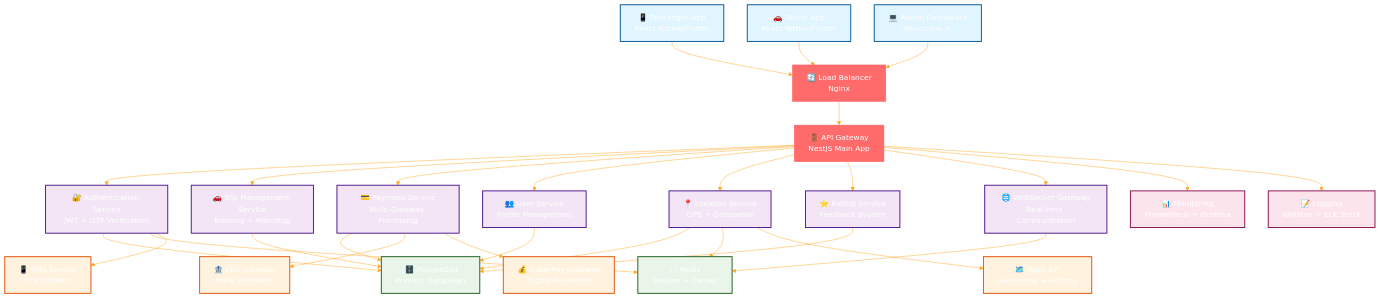
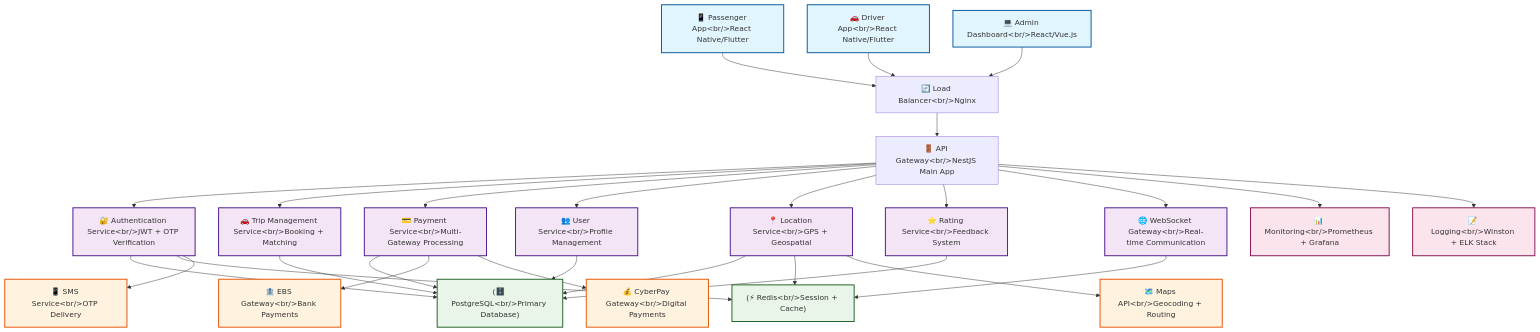
One commit to abdoElHodaky/transportapp changed the first of 7 diagrams in docs/architecture/system-overview.md. Above: the diagram before and after it, drawn with Mermaid. The commit also changed other lines of this file and 10 other files, not shown here.

````diff
--- a/docs/architecture/system-overview.md
+++ b/docs/architecture/system-overview.md
@@ -28,56 +28,62 @@
 ```mermaid
-%%{init: {'theme':'base', 'themeVariables': {'primaryColor':'#ff6b6b','primaryTextColor':'#fff','primaryBorderColor':'#ff6b6b','lineColor':'#ffa726','sectionBkgColor':'#ff6b6b','altSectionBkgColor':'#fff','gridColor':'#fff','secondaryColor':'#006100','tertiaryColor':'#fff'}}}%%
+%% {init : {'theme':'base', 'themeVariables': {'primaryColor':'#ff6b6b', 'primaryTextColor':'#fff','primaryBorderColor':'#ff6b6b','lineColor':'#ffa726','sectionBkgColor':'#ff6b6b','altSectionBkgColor':'#fff','gridColor':'#fff','secondaryColor':'#006100','tertiaryColor':'#fff'}}}%% 
 graph TB
-    %% External Clients
-    PA["📱 Passenger App<br/>React Native/Flutter"] --> LB["🔄 Load Balancer<br/>Nginx"]
-    DA["🚗 Driver App<br/>React Native/Flutter"] --> LB
-    AD["💻 Admin Dashboard<br/>React/Vue.js"] --> LB
+    %%  External Clients
+    PA["📱 Passenger App&lt;br/&gt;React Native/Flutter"] --> LB["🔄 Load Balancer&lt;br/&gt;Nginx"]
+    DA["🚗 Driver App&lt;br/&gt;React Native/Flutter"] --> LB
+    AD["💻 Admin Dashboard&lt;br/&gt;React/Vue.js"] --> LB
     
-    %% Load Balancer to API Gateway
-    LB --> AG["🚪 API Gateway<br/>NestJS Main App"]
+    %%  Load Balancer to API Gateway
+    LB --> AG["🚪 API Gateway&lt;br/&gt;NestJS Main App"]
     
-    %% Core Services
-    AG --> AS["🔐 Authentication Service<br/>JWT + OTP Verification"]
-    AG --> TS["🚗 Trip Management Service<br/>Booking + Matching"]
-    AG --> PS["💳 Payment Service<br/>Multi-Gateway Processing"]
-    AG --> US["👥 User Service<br/>Profile Management"]
-    AG --> LS["📍 Location Service<br/>GPS + Geospatial"]
-    AG --> RS["⭐ Rating Service<br/>Feedback System"]
-    AG --> WS["🌐 WebSocket Gateway<br/>Real-time Communication"]
+    %%  Core Services
+    AG --> AS["🔐 Authentication Service&lt;br/&gt;JWT + OTP Verification"]
+    AG --> TS["🚗 Trip Management Service&lt;br/&gt;Booking + Matching"]
+    AG --> PS["💳 Payment Service&lt;br/&gt;Multi-Gateway Processing"]
+    AG --> US["👥 User Service&lt;br/&gt;Profile Management"]
+    AG --> LS["📍 Location Service&lt;br/&gt;GPS + Geospatial"]
+    AG --> RS["⭐ Rating Service&lt;br/&gt;Feedback System"]
+    AG --> WS["🌐 WebSocket Gateway&lt;br/&gt;Real-time Communication"]
     
-    %% Database Layer
-    AS --> DB["(🗄️ PostgreSQL<br/>Primary Database)"]
+    %%  Database Layer
+    AS --> DB["(🗄️ PostgreSQL&lt;br/&gt;Primary Database)"]
     TS --> DB
     PS --> DB
     US --> DB
     LS --> DB
     RS --> DB
     
-    %% Caching Layer
-    AS --> REDIS["(⚡ Redis<br/>Session + Cache)"]
+    %%  Caching Layer
+    AS --> REDIS["(⚡ Redis&lt;br/&gt;Session + Cache)"]
     LS --> REDIS
     WS --> REDIS
     
-    %% External Services
-    PS --> EBS["🏦 EBS Gateway<br/>Bank Payments"]
-    PS --> CP["💰 CyberPay Gateway<br/>Digital Payments"]
-    AS --> SMS["📱 SMS Service<br/>OTP Delivery"]
-    LS --> MAPS["🗺️ Maps API<br/>Geocoding + Routing"]
+    %%  External Services
+    PS --> EBS["🏦 EBS Gateway&lt;br/&gt;Bank Payments"]
+    PS --> CP["💰 CyberPay Gateway&lt;br/&gt;Digital Payments"]
+    AS --> SMS["📱 SMS Service&lt;br/&gt;OTP Delivery"]
+    LS --> MAPS["🗺️ Maps API&lt;br/&gt;Geocoding + Routing"]
     
-    %% Monitoring & Logging
-    AG --> MON["📊 Monitoring<br/>Prometheus + Grafana"]
-    AG --> LOG["📝 Logging<br/>Winston + ELK Stack"]
+    %%  Monitoring & Logging
+    AG --> MON["📊 Monitoring&lt;br/&gt;Prometheus + Grafana"]
+    AG --> LOG["📝 Logging&lt;br/&gt;Winston + ELK Stack"]
     
-    %% Styling
-    classDef client fill:#e1f5fe,stroke:#01579b,stroke-width:2px;
-    classDef service fill:#f3e5f5,stroke:#4a148c,stroke-width:2px;
-    classDef database fill:#e8f5e8,stroke:#1b5e20,stroke-width:2px;
-    classDef external fill:#fff3e0,stroke:#e65100,stroke-width:2px;
-    classDef monitoring fill:#fce4ec,stroke:#880e4f,stroke-width:2px;
+    %%  Styling
+    classDef client fill : #e1f5fe, stroke:#01579b, stroke-width: 2px;
+    
+    classDef service fill : #f3e5f5, stroke:#4a148c, stroke-width: 2px;
+    
+    classDef database fill : #e8f5e8, stroke:#1b5e20, stroke-width: 2px;
+    
+    classDef external fill : #fff3e0, stroke:#e65100, stroke-width: 2px;
+    
+    classDef monitoring fill : #fce4ec, stroke:#880e4f, stroke-width: 2px;
+    
     
     class PA,DA,AD client;
     class AS,TS,PS,US,LS,RS,WS service;
     class DB,REDIS database;
     class EBS,CP,SMS,MAPS external;
     class MON,LOG monitoring;
+
 ```
````
